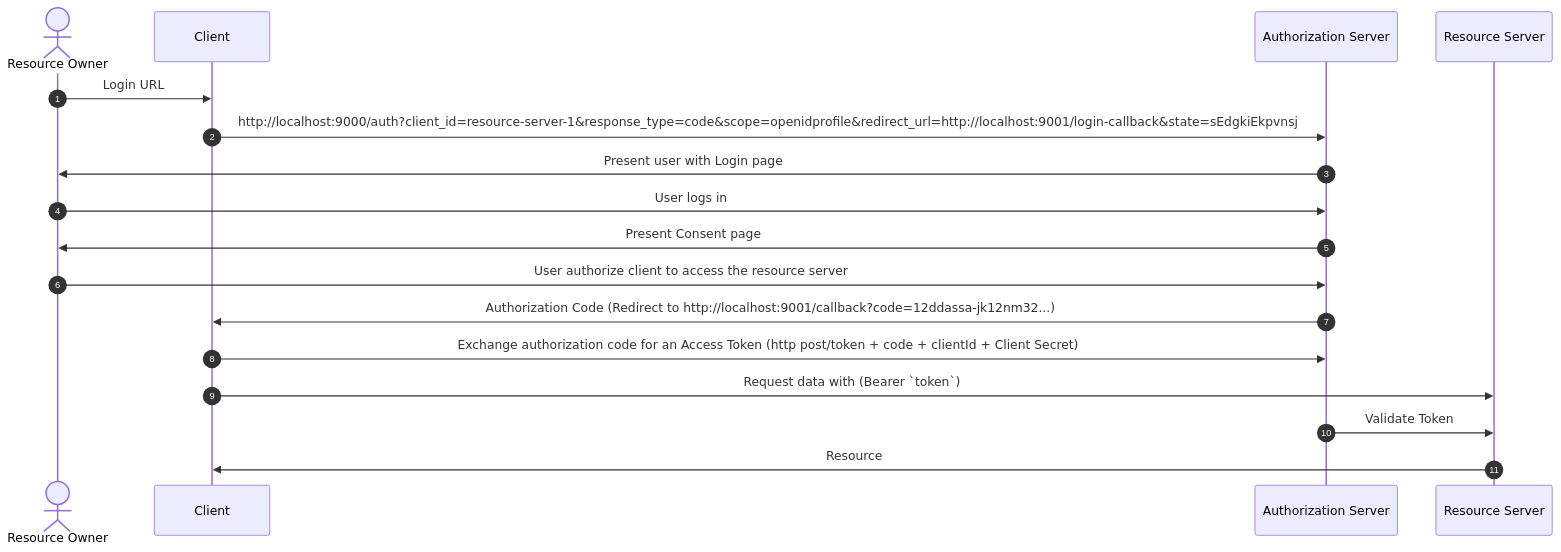
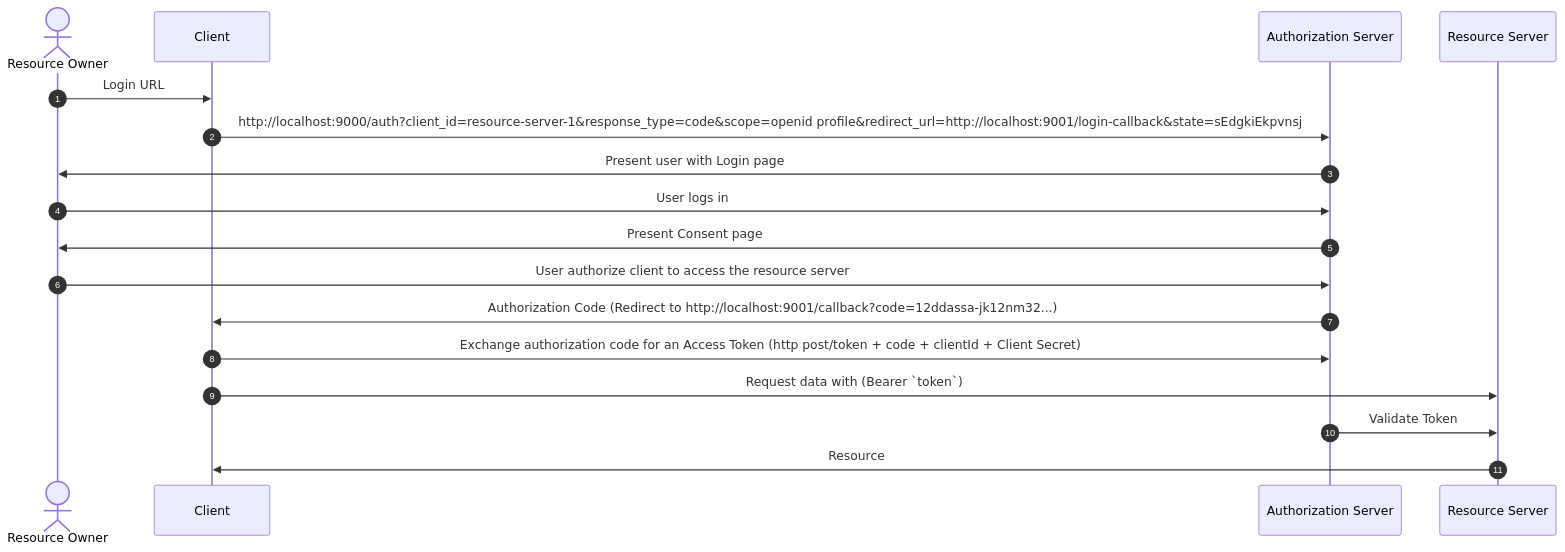
Before and after one commit to m-thirumal/oauth-authorization-server: the diagram in docs/index.md, drawn with Mermaid. The commit also changed 1 other file, not shown here.

````diff
--- a/docs/index.md
+++ b/docs/index.md
@@ -9,20 +9,20 @@
 ``` mermaid
 sequenceDiagram
   actor O AS  Resource Owner
   participant C AS Client
   participant A AS Authorization Server
   participant R AS Resource Server
   autonumber
   O->>C: Login URL
-  C->>A: http://localhost:9000/auth?client_id=resource-server-1&response_type=code&scope=openidprofile&redirect_url=http://localhost:9001/login-callback&state=sEdgkiEkpvnsj
+  C->>A: http://localhost:9000/auth?client_id=resource-server-1&response_type=code&scope=openid profile&redirect_url=http://localhost:9001/login-callback&state=sEdgkiEkpvnsj
   A->>O: Present user with Login page
   O->>A: User logs in
   A->>O: Present Consent page
   O->>A: User authorize client to access the resource server
   A->>C: Authorization Code (Redirect to http://localhost:9001/callback?code=12ddassa-jk12nm32...)
   C->>A: Exchange authorization code for an Access Token (http post/token + code + clientId + Client Secret)
   C->>R: Request data with (Bearer `token`)
   A->>R: Validate Token
   R->>C: Resource
 
 ```
````
